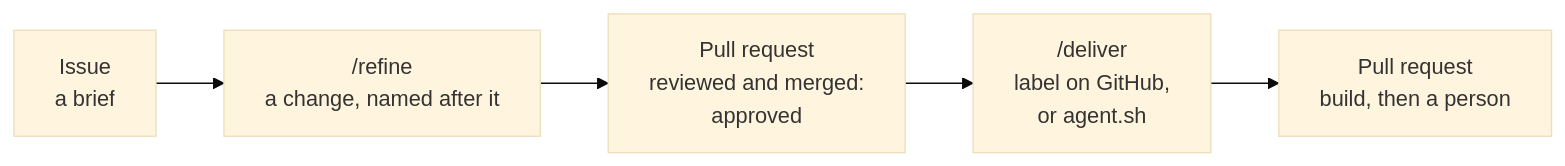
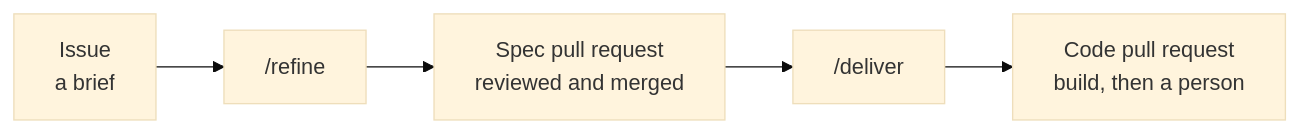
The diagram in README.md (dibbdob/claude-code-governed-workflow), drawn with Mermaid (base theme) before and after one commit. The commit also changed other lines of this file and 8 other files, not shown here.

````diff
--- a/README.md
+++ b/README.md
@@ -15,7 +8,7 @@
 ```mermaid
 flowchart LR
-  A["Issue<br/>a brief"] --> B["/refine<br/>a change, named after it"]
-  B --> C["Pull request<br/>reviewed and merged:<br/>approved"]
-  C --> D["/deliver<br/>label on GitHub,<br/>or agent.sh"]
-  D --> E["Pull request<br/>build, then a person"]
+  A["Issue<br/>a brief"] --> B["/refine"]
+  B --> C["Spec pull request<br/>reviewed and merged"]
+  C --> D["/deliver"]
+  D --> E["Code pull request<br/>build, then a person"]
 ```
````
